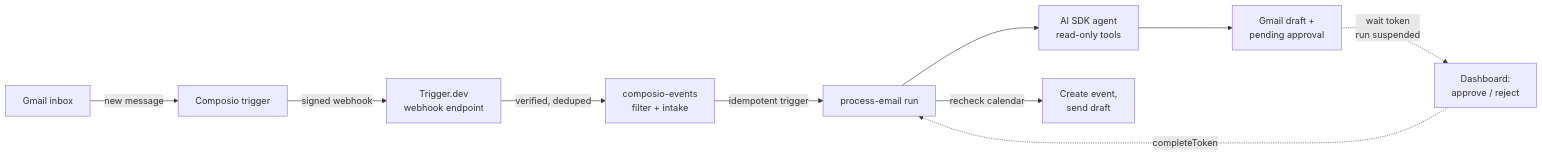
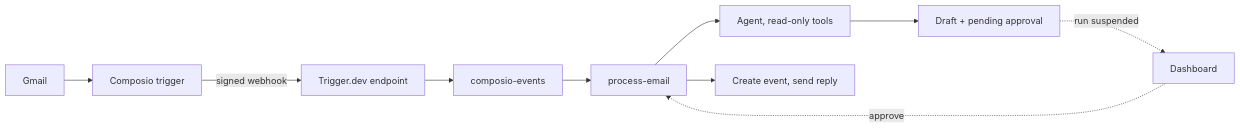
Before and after one commit to shricodev/executive-assistant-triggerdev-composio: the diagram in README.md, drawn with Mermaid. The commit also changed other lines of this file and 1 other file, not shown here.

````diff
--- a/README.md
+++ b/README.md
@@ -34,12 +29,12 @@
 ```mermaid
 flowchart LR
-  G[Gmail inbox] -->|new message| C[Composio trigger]
-  C -->|signed webhook| W[Trigger.dev<br>webhook endpoint]
-  W -->|verified, deduped| I[composio-events<br>filter + intake]
-  I -->|idempotent trigger| P[process-email run]
-  P --> A[AI SDK agent<br>read-only tools]
-  A --> D[Gmail draft +<br>pending approval]
-  D -.->|wait token<br>run suspended| H[Dashboard:<br>approve / reject]
-  H -.->|completeToken| P
-  P -->|recheck calendar| X[Create event,<br>send draft]
+  G[Gmail] --> C[Composio trigger]
+  C -->|signed webhook| W[Trigger.dev endpoint]
+  W --> I[composio-events]
+  I --> P[process-email]
+  P --> A[Agent, read-only tools]
+  A --> D[Draft + pending approval]
+  D -.->|run suspended| H[Dashboard]
+  H -.->|approve| P
+  P --> X[Create event, send reply]
 ```
````
